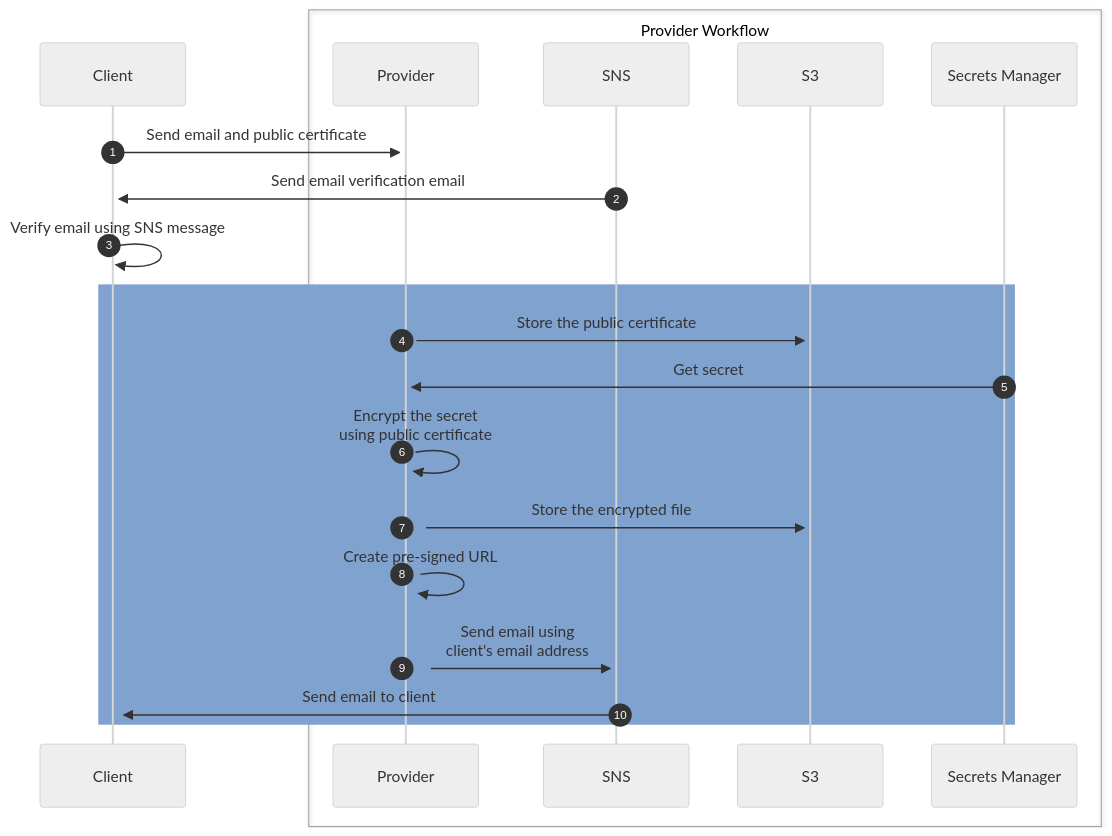
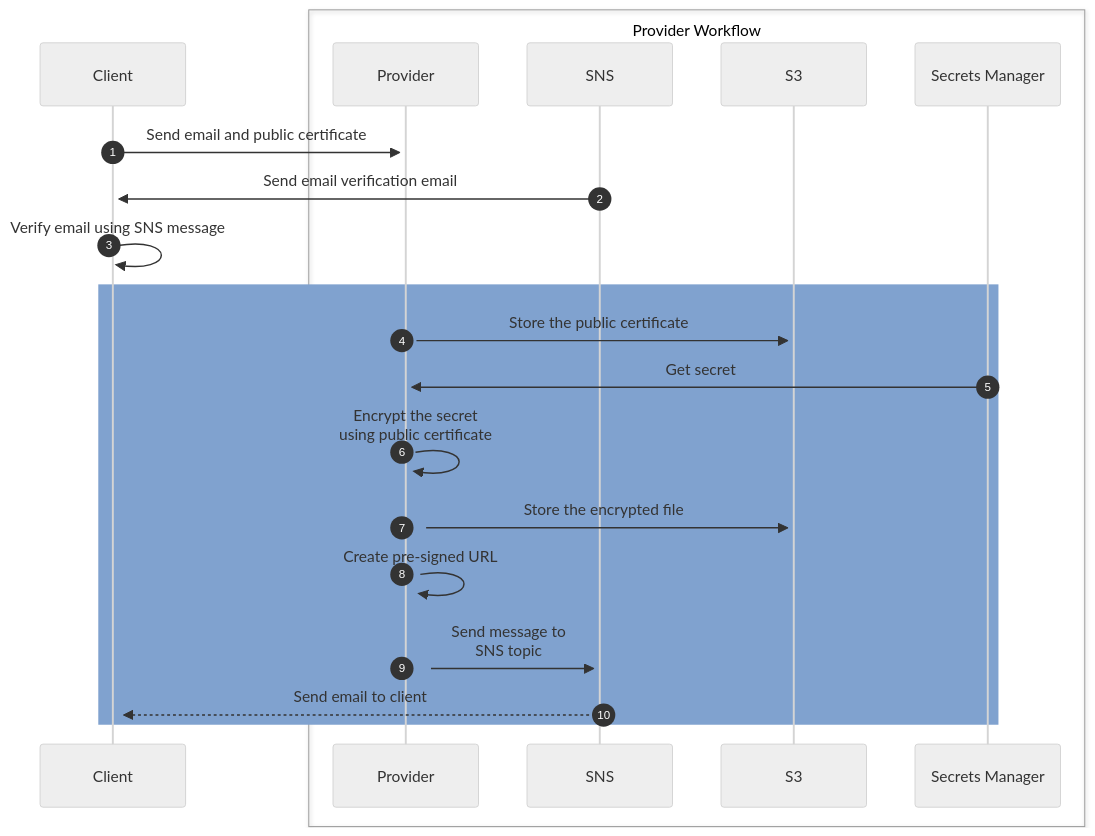
One commit to smislam/securely-share-secrets changed the first of 2 diagrams in README.md. Above: the diagram before and after it, drawn with Mermaid (neutral theme).

````diff
--- a/README.md
+++ b/README.md
@@ -8,24 +8,24 @@
 ```mermaid
 sequenceDiagram
 autonumber
     Client->>+Provider: Send email and public certificate
 
     box Provider Workflow
         participant Provider
         participant SNS
         participant S3
         participant Secrets Manager
     end
     
     SNS->>+Client: Send email verification email
     Client->>+Client: Verify email using SNS message
     rect rgb(128, 162, 207)
     Provider->>+S3: Store the public certificate
     Secrets Manager->>+Provider: Get secret
     Provider->>+Provider: Encrypt the secret<br/>using public certificate
     Provider->>+S3: Store the encrypted file
     Provider->>+Provider: Create pre-signed URL
-    Provider->>+SNS: Send email using<br/>client's email address   
-    SNS->>+Client: Send email to client
+    Provider->>+SNS: Send message to<br/>SNS topic   
+    SNS-->>+Client: Send email to client
     end
 ```
````
